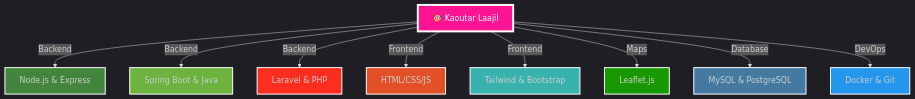
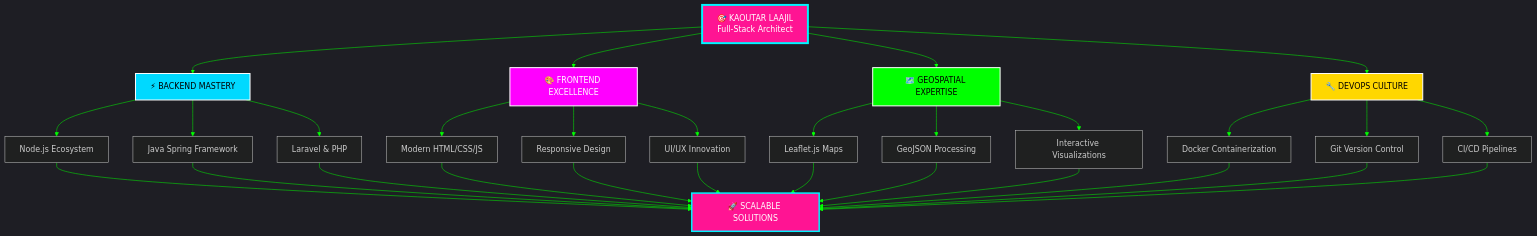
The first of 2 diagrams in README.md (kooutar/kooutar), drawn with Mermaid before and after one commit. The commit also changed other lines of this file, not shown here.

````diff
--- a/README.md
+++ b/README.md
@@ -143,22 +136,46 @@
 ```mermaid
-%%{init: {'theme':'dark'}}%%
-graph TD
-    A[🎯 Kaoutar Laajil] -->|Backend| B[Node.js & Express]
-    A -->|Backend| C[Spring Boot & Java]
-    A -->|Backend| D[Laravel & PHP]
-    A -->|Frontend| E[HTML/CSS/JS]
-    A -->|Frontend| F[Tailwind & Bootstrap]
-    A -->|Maps| G[Leaflet.js]
-    A -->|Database| H[MySQL & PostgreSQL]
-    A -->|DevOps| I[Docker & Git]
+%%{init: {'theme':'dark', 'themeVariables': { 'primaryColor': '#00F5FF', 'primaryTextColor': '#fff', 'primaryBorderColor': '#FF00FF', 'lineColor': '#00FF00', 'secondaryColor': '#FF1493', 'tertiaryColor': '#FFD700'}}}%%
+graph TB
+    A[🎯 KAOUTAR LAAJIL<br/>Full-Stack Architect] 
     
-    style A fill:#FF1493,stroke:#fff,stroke-width:4px,color:#fff
-    style B fill:#43853D,stroke:#fff,stroke-width:2px
-    style C fill:#6DB33F,stroke:#fff,stroke-width:2px
-    style D fill:#FF2D20,stroke:#fff,stroke-width:2px
-    style E fill:#E34F26,stroke:#fff,stroke-width:2px
-    style F fill:#38B2AC,stroke:#fff,stroke-width:2px
-    style G fill:#199900,stroke:#fff,stroke-width:2px
-    style H fill:#4479A1,stroke:#fff,stroke-width:2px
-    style I fill:#2496ED,stroke:#fff,stroke-width:2px
+    A --> B[⚡ BACKEND MASTERY]
+    A --> C[🎨 FRONTEND EXCELLENCE]
+    A --> D[🗺️ GEOSPATIAL EXPERTISE]
+    A --> E[🔧 DEVOPS CULTURE]
+    
+    B --> B1[Node.js Ecosystem]
+    B --> B2[Java Spring Framework]
+    B --> B3[Laravel & PHP]
+    
+    C --> C1[Modern HTML/CSS/JS]
+    C --> C2[Responsive Design]
+    C --> C3[UI/UX Innovation]
+    
+    D --> D1[Leaflet.js Maps]
+    D --> D2[GeoJSON Processing]
+    D --> D3[Interactive Visualizations]
+    
+    E --> E1[Docker Containerization]
+    E --> E2[Git Version Control]
+    E --> E3[CI/CD Pipelines]
+    
+    B1 --> F[🚀 SCALABLE SOLUTIONS]
+    B2 --> F
+    B3 --> F
+    C1 --> F
+    C2 --> F
+    C3 --> F
+    D1 --> F
+    D2 --> F
+    D3 --> F
+    E1 --> F
+    E2 --> F
+    E3 --> F
+    
+    style A fill:#FF1493,stroke:#00F5FF,stroke-width:4px,color:#fff
+    style B fill:#00D9FF,stroke:#fff,stroke-width:2px,color:#000
+    style C fill:#FF00FF,stroke:#fff,stroke-width:2px,color:#fff
+    style D fill:#00FF00,stroke:#fff,stroke-width:2px,color:#000
+    style E fill:#FFD700,stroke:#fff,stroke-width:2px,color:#000
+    style F fill:#FF1493,stroke:#00F5FF,stroke-width:3px,color:#fff
 ```
````
